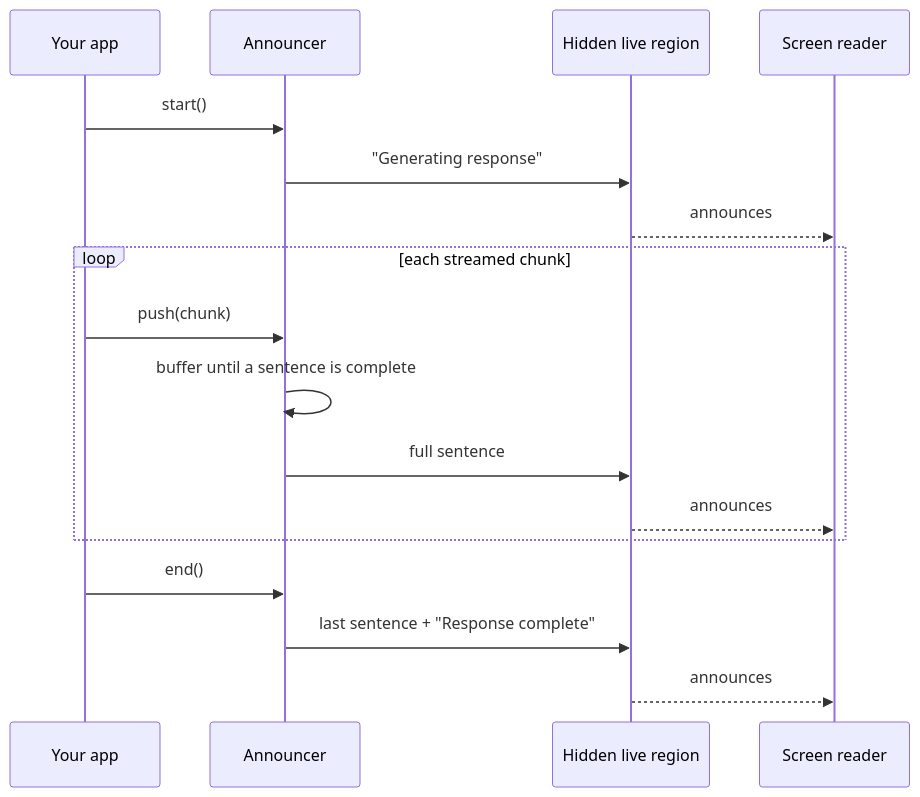
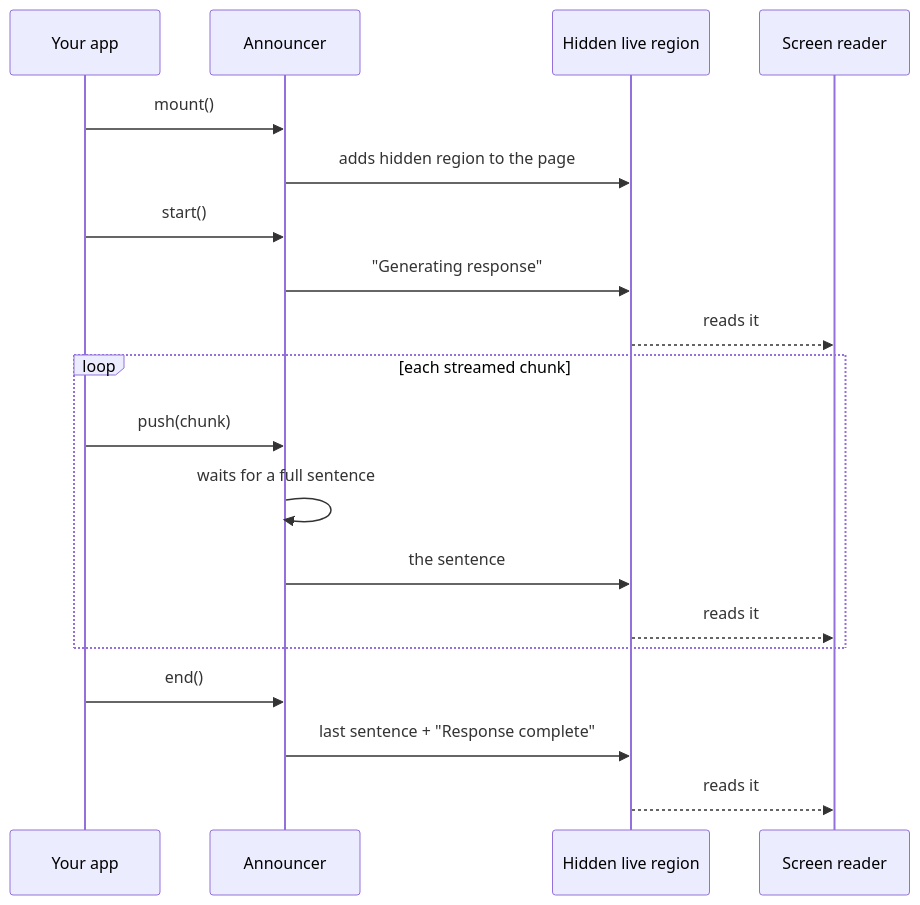
Before and after one commit to helderberto/ai-a11y: the diagram in README.md, drawn with Mermaid. The commit also changed other lines of this file and 1 other file, not shown here.

````diff
--- a/README.md
+++ b/README.md
@@ -29,20 +48,22 @@
 ```mermaid
 sequenceDiagram
     participant App as Your app
     participant A as Announcer
     participant R as Hidden live region
     participant SR as Screen reader
 
+    App->>A: mount()
+    A->>R: adds hidden region to the page
     App->>A: start()
     A->>R: "Generating response"
-    R-->>SR: announces
+    R-->>SR: reads it
     loop each streamed chunk
         App->>A: push(chunk)
-        A->>A: buffer until a sentence is complete
-        A->>R: full sentence
-        R-->>SR: announces
+        A->>A: waits for a full sentence
+        A->>R: the sentence
+        R-->>SR: reads it
     end
     App->>A: end()
     A->>R: last sentence + "Response complete"
-    R-->>SR: announces
+    R-->>SR: reads it
 ```
````
